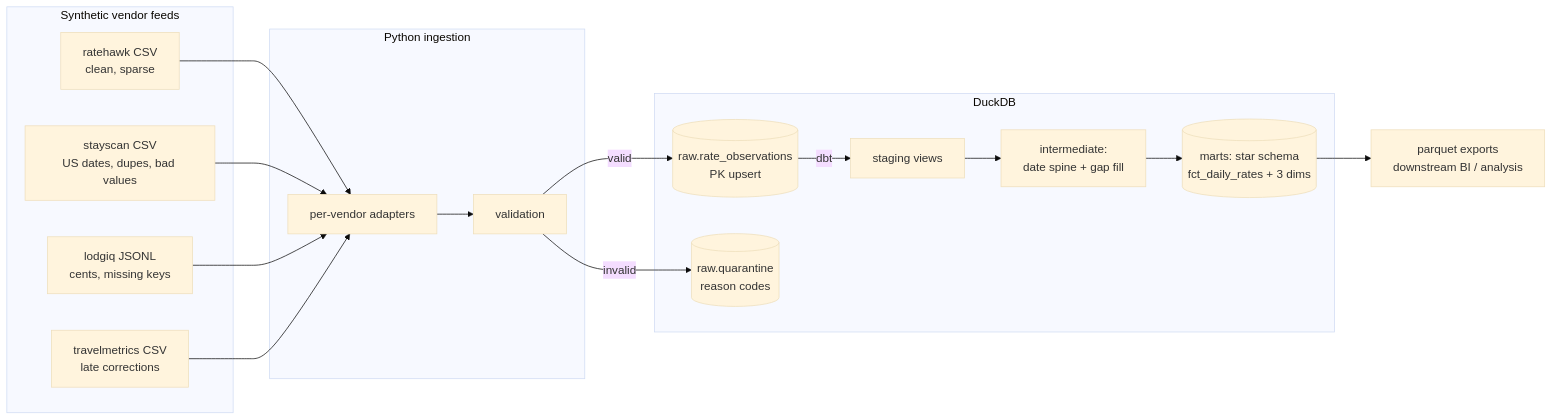
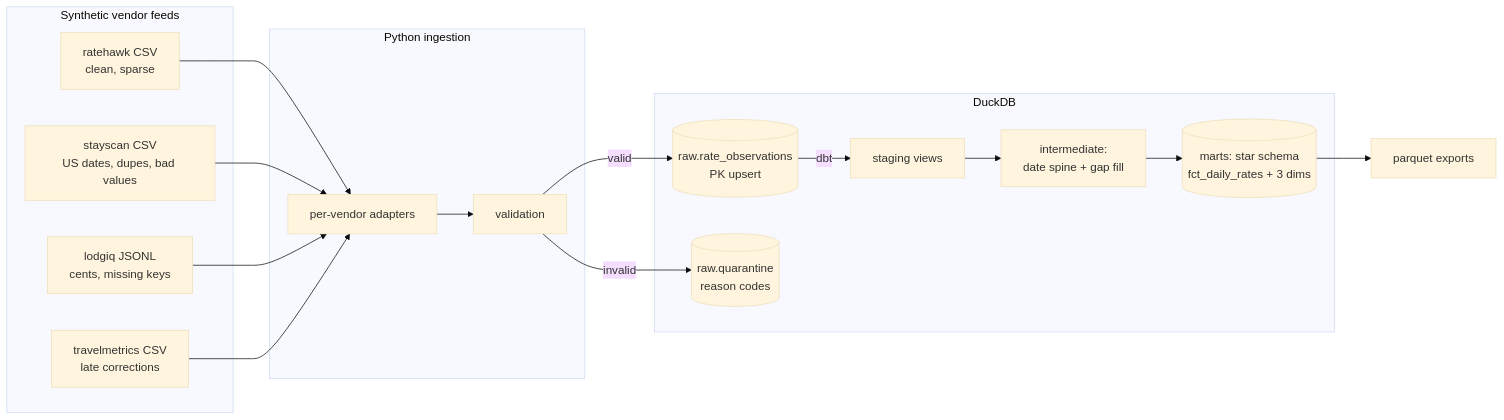
One commit to nicobeltran7/hotel-pricing-data-platform changed the diagram in README.md. Above: the diagram before and after it, drawn with Mermaid (base theme). The commit also changed other lines of this file, not shown here.

````diff
--- a/README.md
+++ b/README.md
@@ -15,29 +20,29 @@
 ```mermaid
 flowchart LR
     subgraph vendors [Synthetic vendor feeds]
         A[ratehawk CSV<br/>clean, sparse]
         B[stayscan CSV<br/>US dates, dupes, bad values]
         C[lodgiq JSONL<br/>cents, missing keys]
         D[travelmetrics CSV<br/>late corrections]
     end
 
     subgraph ingest [Python ingestion]
         E[per-vendor adapters]
         F[validation]
     end
 
     subgraph duckdb [DuckDB]
         G[(raw.rate_observations<br/>PK upsert)]
         Q[(raw.quarantine<br/>reason codes)]
         H[staging views]
         I[intermediate:<br/>date spine + gap fill]
         J[(marts: star schema<br/>fct_daily_rates + 3 dims)]
     end
 
-    K[parquet exports<br/>downstream BI / analysis]
+    K[parquet exports]
 
     A & B & C & D --> E --> F
     F -->|valid| G
     F -->|invalid| Q
     G -->|dbt| H --> I --> J --> K
 ```
````
